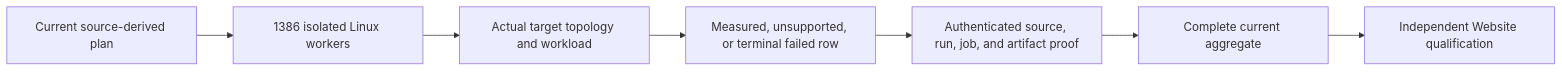
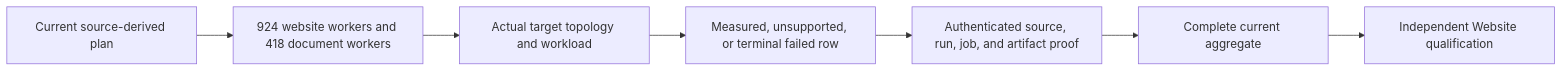
Before and after one commit to managedcode/KeyLoad: the diagram in docs/ADR/ADR-056-isolated-linux-comparison-cells.md, drawn with Mermaid. The commit also changed other lines of this file and 261 other files, not shown here.

````diff
--- a/docs/ADR/ADR-056-isolated-linux-comparison-cells.md
+++ b/docs/ADR/ADR-056-isolated-linux-comparison-cells.md
@@ -11,9 +11,9 @@
 ```mermaid
 flowchart LR
-    Plan[Current source-derived plan] --> Cells[1386 isolated Linux workers]
+    Plan[Current source-derived plan] --> Cells[924 website workers and 418 document workers]
     Cells --> Native[Actual target topology and workload]
     Native --> Outcome[Measured, unsupported, or terminal failed row]
     Outcome --> Proof[Authenticated source, run, job, and artifact proof]
     Proof --> Aggregate[Complete current aggregate]
     Aggregate --> Website[Independent Website qualification]
 ```
````
